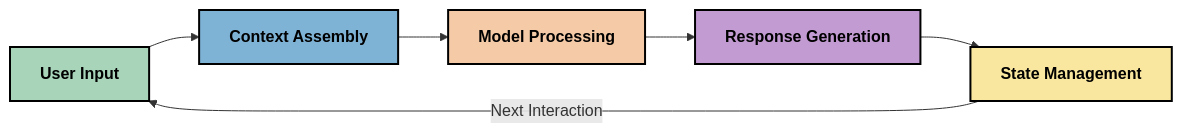
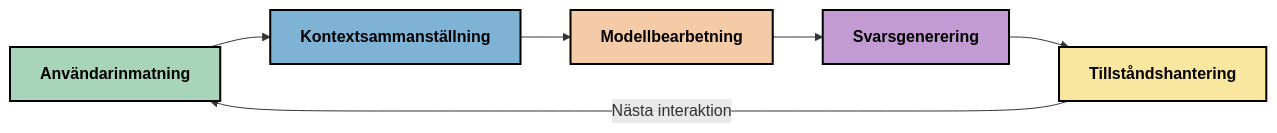
One commit to HIDORAKAI002/ai-workspace-archive changed the first of 6 diagrams in mcp_ecosystem__model_context_protocol/mcp_learning_resources/mcp-for-beginners/translations/sv/05-AdvancedTopics/mcp-contextengineering/README.md. Above: the diagram before and after it, drawn with Mermaid. The commit also changed other lines of this file and 1046 other files, not shown here.

````diff
--- a/mcp_ecosystem__model_context_protocol/mcp_learning_resources/mcp-for-beginners/translations/sv/05-AdvancedTopics/mcp-contextengineering/README.md
+++ b/mcp_ecosystem__model_context_protocol/mcp_learning_resources/mcp-for-beginners/translations/sv/05-AdvancedTopics/mcp-contextengineering/README.md
@@ -39,14 +40,14 @@
 ```mermaid
 graph LR
-    A[User Input] --> B[Context Assembly]
-    B --> C[Model Processing]
-    C --> D[Response Generation]
-    D --> E[State Management]
-    E -->|Next Interaction| A
+    A[Användarinmatning] --> B[Kontextsammanställning]
+    B --> C[Modellbearbetning]
+    C --> D[Svarsgenerering]
+    D --> E[Tillståndshantering]
+    E -->|Nästa interaktion| A
     
     style A fill:#A8D5BA,stroke:#000000,stroke-width:2px,color:#000000,font-weight:bold
     style B fill:#7FB3D5,stroke:#000000,stroke-width:2px,color:#000000,font-weight:bold
     style C fill:#F5CBA7,stroke:#000000,stroke-width:2px,color:#000000,font-weight:bold
     style D fill:#C39BD3,stroke:#000000,stroke-width:2px,color:#000000,font-weight:bold
     style E fill:#F9E79F,stroke:#000000,stroke-width:2px,color:#000000,font-weight:bold
 ```
````
